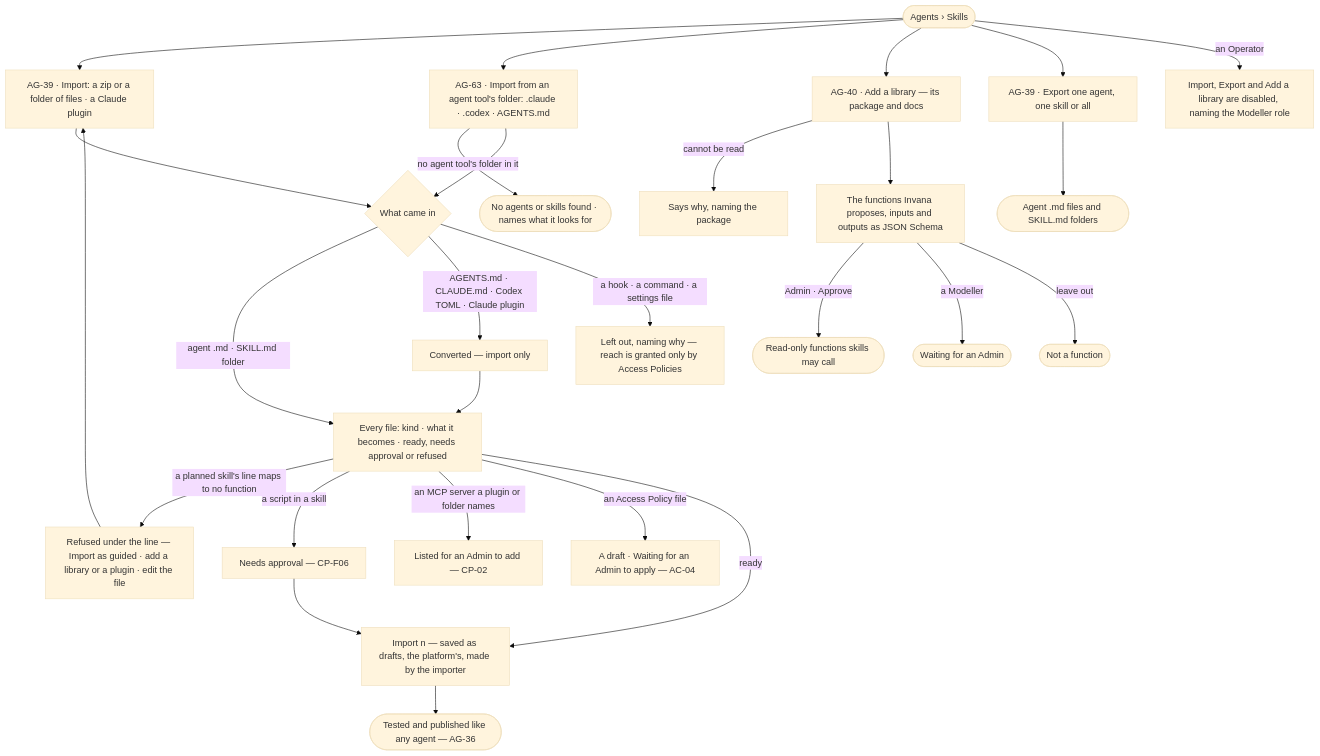
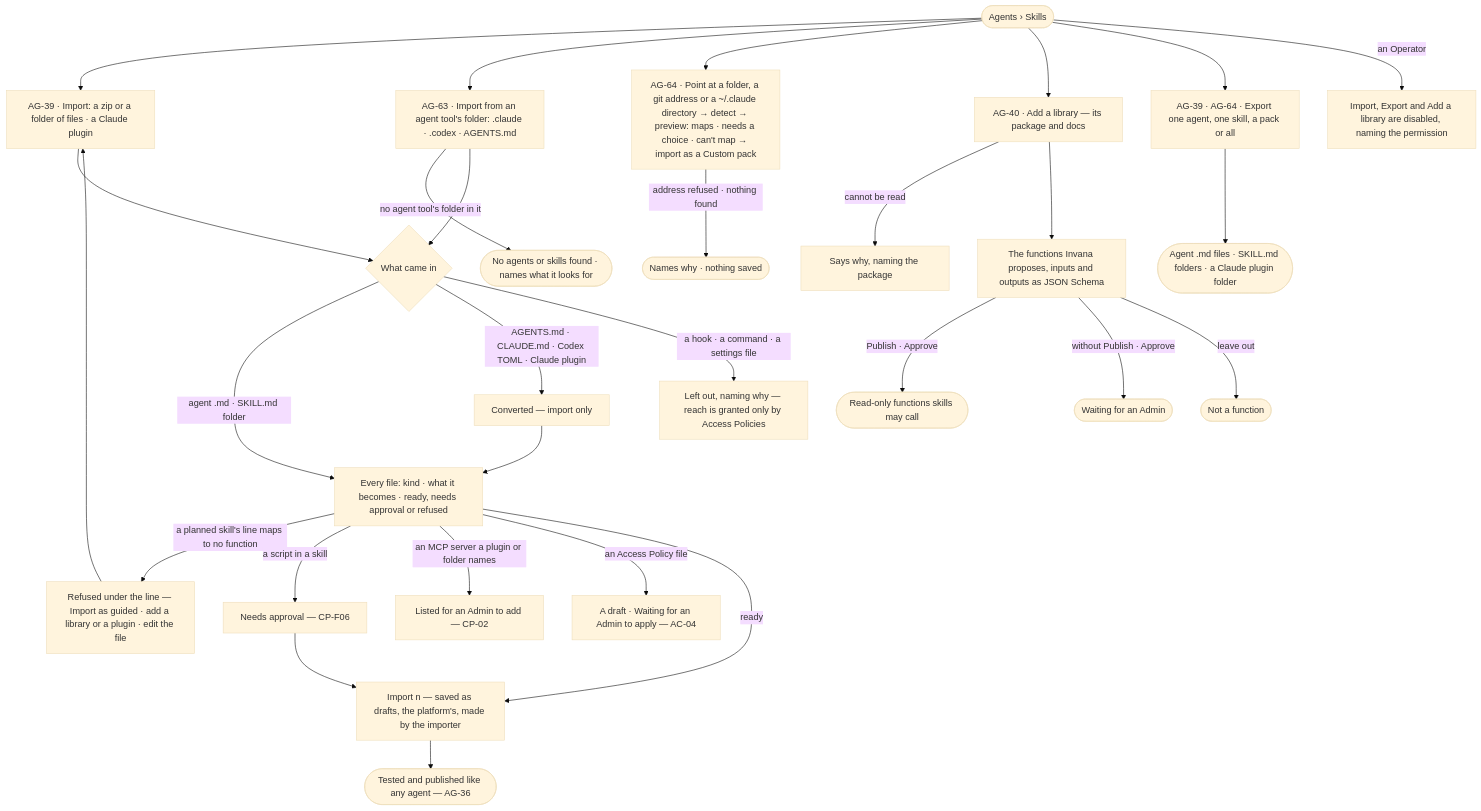
The first of 2 diagrams in specs/capabilities/agents/features/AG-F08-portable-agents-and-skills/feature.md (invana/invana), drawn with Mermaid (base theme) before and after one commit. The commit also changed other lines of this file and 456 other files, not shown here.

````diff
--- a/specs/capabilities/agents/features/AG-F08-portable-agents-and-skills/feature.md
+++ b/specs/capabilities/agents/features/AG-F08-portable-agents-and-skills/feature.md
@@ -25,27 +25,29 @@
 ```mermaid
 flowchart TD
   start([Agents › Skills]) --> imp["AG-39 · Import: a zip or a folder of files · a Claude plugin"]
   start --> tf["AG-63 · Import from an agent tool's folder: .claude · .codex · AGENTS.md"]
   tf -->|no agent tool's folder in it| tfn(["No agents or skills found · names what it looks for"])
   tf --> kind
   imp --> kind{"What came in"}
   kind -->|agent .md · SKILL.md folder| map["Every file: kind · what it becomes · ready, needs approval or refused"]
   kind -->|AGENTS.md · CLAUDE.md · Codex TOML · Claude plugin| conv["Converted — import only"] --> map
   kind -->|a hook · a command · a settings file| rk["Left out, naming why — reach is granted only by Access Policies"]
   map -->|a planned skill's line maps to no function| rf["Refused under the line — Import as guided · add a library or a plugin · edit the file"] --> imp
   map -->|a script in a skill| ap["Needs approval — CP-F06"]
   map -->|an MCP server a plugin or folder names| ms["Listed for an Admin to add — CP-02"]
   map -->|an Access Policy file| pf["A draft · Waiting for an Admin to apply — AC-04"]
   map -->|ready| save["Import n — saved as drafts, the platform's, made by the importer"]
   ap --> save
   save --> test(["Tested and published like any agent — AG-36"])
+  start --> ob["AG-64 · Point at a folder, a git address or a ~/.claude directory → detect → preview: maps · needs a choice · can't map → import as a Custom pack"]
+  ob -->|address refused · nothing found| obx(["Names why · nothing saved"])
   start --> lib["AG-40 · Add a library — its package and docs"]
   lib -->|cannot be read| lx["Says why, naming the package"]
   lib --> prop["The functions Invana proposes, inputs and outputs as JSON Schema"]
-  prop -->|Admin · Approve| fn(["Read-only functions skills may call"])
-  prop -->|a Modeller| wa(["Waiting for an Admin"])
+  prop -->|Publish · Approve| fn(["Read-only functions skills may call"])
+  prop -->|without Publish · Approve| wa(["Waiting for an Admin"])
   prop -->|leave out| no(["Not a function"])
-  start --> exp["AG-39 · Export one agent, one skill or all"]
-  exp --> files(["Agent .md files and SKILL.md folders"])
-  start -->|an Operator| na["Import, Export and Add a library are disabled, naming the Modeller role"]
+  start --> exp["AG-39 · AG-64 · Export one agent, one skill, a pack or all"]
+  exp --> files(["Agent .md files · SKILL.md folders · a Claude plugin folder"])
+  start -->|an Operator| na["Import, Export and Add a library are disabled, naming the permission"]
 ```
````
